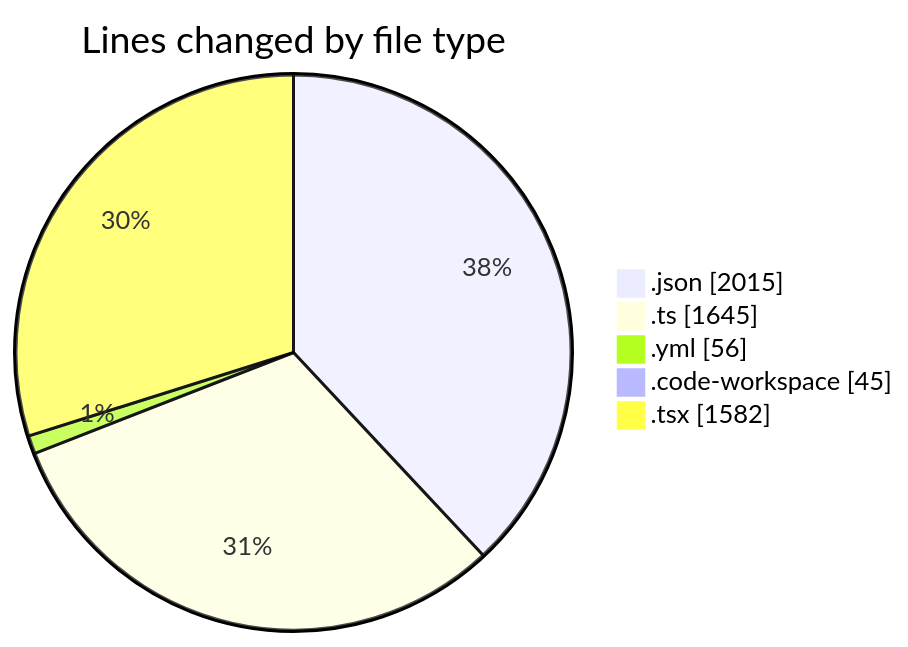
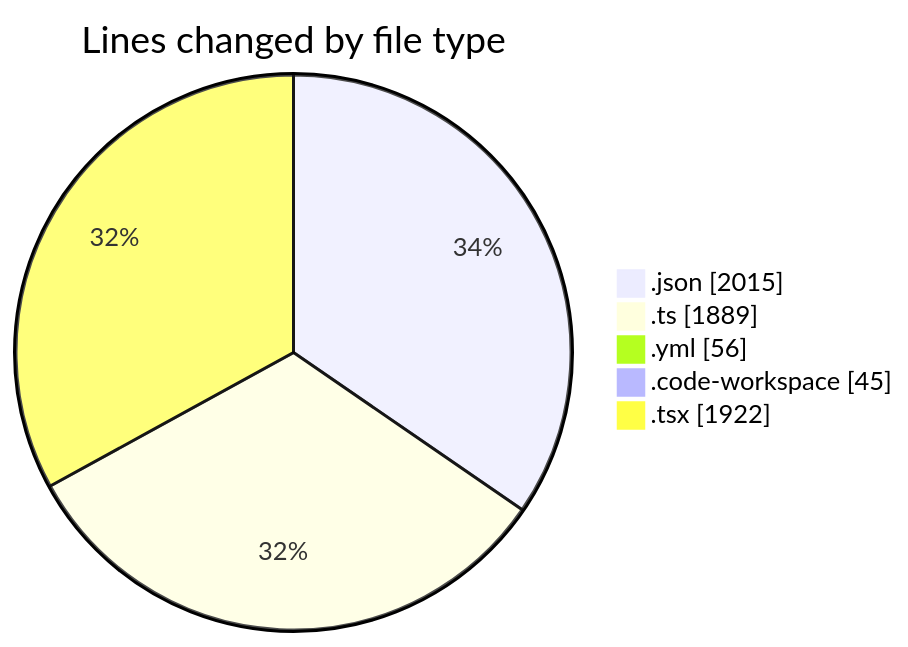
The first of 2 diagrams in 2025-11-25/eventscop-frontend-guide__workspace_/README.md (julien-gomy/code-tracking), drawn with Mermaid before and after one commit. The commit also changed other lines of this file and 1 other file, not shown here.

````diff
--- a/2025-11-25/eventscop-frontend-guide__workspace_/README.md
+++ b/2025-11-25/eventscop-frontend-guide__workspace_/README.md
@@ -36,9 +39,9 @@
 ```mermaid
 pie showData
 title Lines changed by file type
 ".json" : 2015
-".ts" : 1645
+".ts" : 1889
 ".yml" : 56
 ".code-workspace" : 45
-".tsx" : 1582
+".tsx" : 1922
 ```
````
